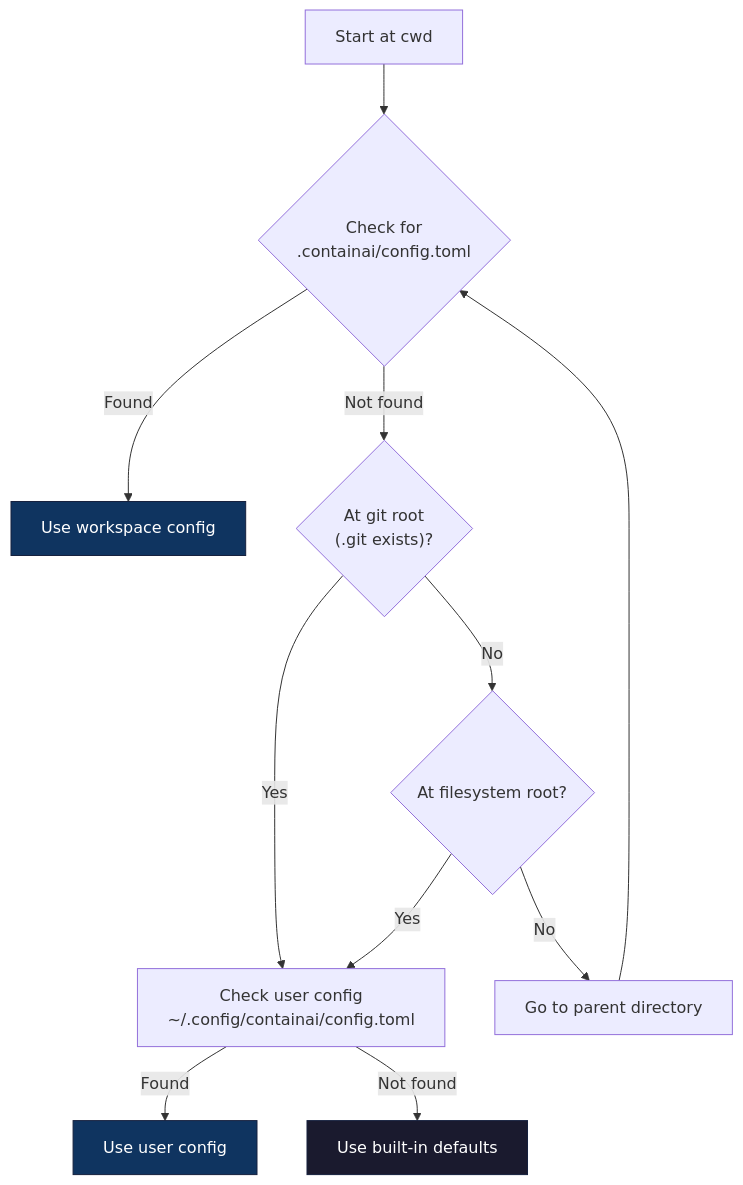
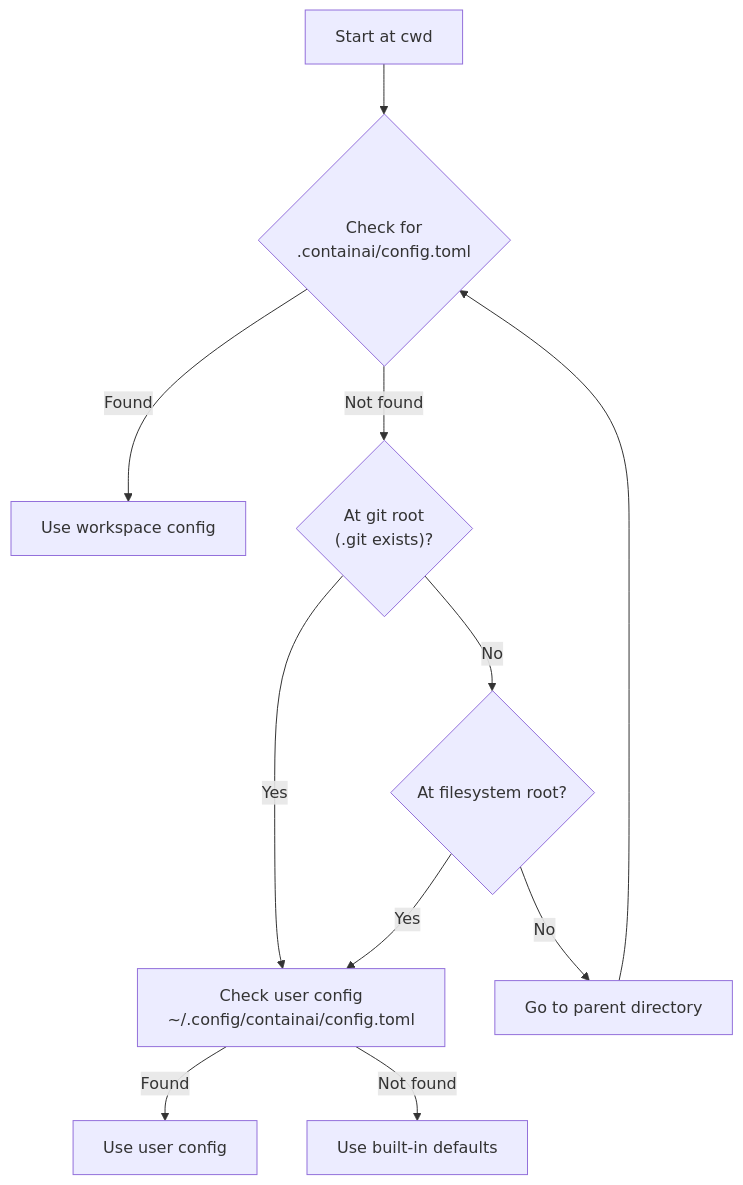
One commit to novotnyllc/ContainAI changed the first of 2 diagrams in docs/configuration.md. Above: the diagram before and after it, drawn with Mermaid. The commit also changed other lines of this file and 14 other files, not shown here.

````diff
--- a/docs/configuration.md
+++ b/docs/configuration.md
@@ -25,18 +25,15 @@
 ```mermaid
 flowchart TD
     Start["Start at cwd"]
     Start --> Check{"Check for<br/>.containai/config.toml"}
     Check -->|Found| Use["Use workspace config"]
     Check -->|Not found| Git{"At git root<br/>(.git exists)?"}
     Git -->|Yes| Fallback["Check user config<br/>~/.config/containai/config.toml"]
     Git -->|No| Parent{"At filesystem root?"}
     Parent -->|Yes| Fallback
     Parent -->|No| Up["Go to parent directory"]
     Up --> Check
     Fallback -->|Found| UseUser["Use user config"]
     Fallback -->|Not found| Defaults["Use built-in defaults"]
 
-    style Use fill:#0f3460,stroke:#16213e,color:#fff
-    style UseUser fill:#0f3460,stroke:#16213e,color:#fff
-    style Defaults fill:#1a1a2e,stroke:#16213e,color:#fff
 ```
````
